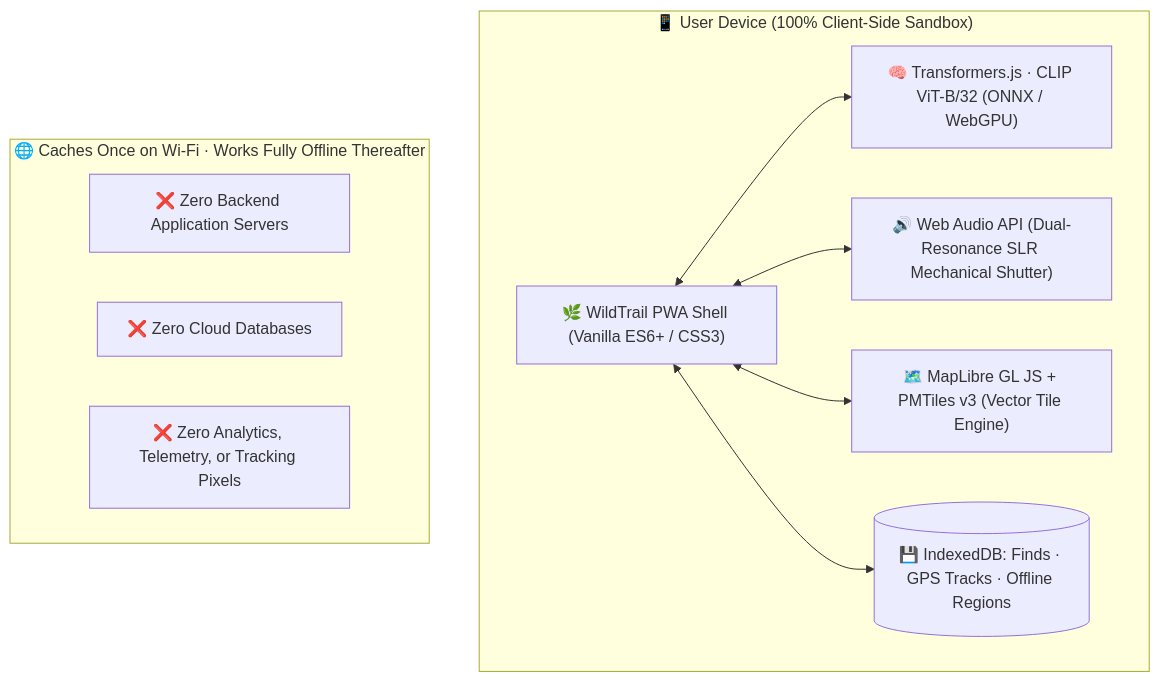
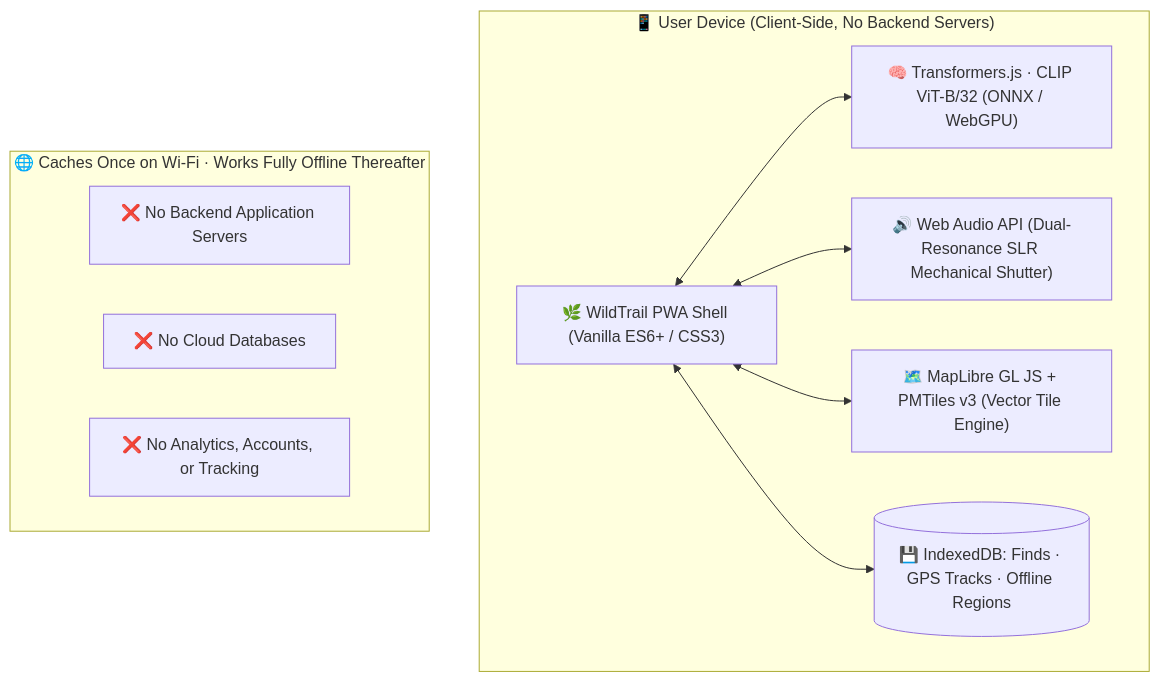
Before and after one commit to XiaoArnav/wildtrail: the second of 3 diagrams in README.md, drawn with Mermaid. The commit also changed other lines of this file and 3 other files, not shown here.

````diff
--- a/README.md
+++ b/README.md
@@ -129,21 +129,21 @@
 ```mermaid
 flowchart TD
-    subgraph Client["📱 User Device (100% Client-Side Sandbox)"]
+    subgraph Client["📱 User Device (Client-Side, No Backend Servers)"]
         UI["🌿 WildTrail PWA Shell (Vanilla ES6+ / CSS3)"]
         Vision["🧠 Transformers.js · CLIP ViT-B/32 (ONNX / WebGPU)"]
         Audio["🔊 Web Audio API (Dual-Resonance SLR Mechanical Shutter)"]
         GIS["🗺️ MapLibre GL JS + PMTiles v3 (Vector Tile Engine)"]
         Storage[("💾 IndexedDB: Finds · GPS Tracks · Offline Regions")]
 
         UI <--> Vision
         UI <--> Audio
         UI <--> GIS
         UI <--> Storage
     end
 
     subgraph Remote["🌐 Caches Once on Wi-Fi · Works Fully Offline Thereafter"]
-        NoServer["❌ Zero Backend Application Servers"]
-        NoDB["❌ Zero Cloud Databases"]
-        NoTrack["❌ Zero Analytics, Telemetry, or Tracking Pixels"]
+        NoServer["❌ No Backend Application Servers"]
+        NoDB["❌ No Cloud Databases"]
+        NoTrack["❌ No Analytics, Accounts, or Tracking"]
     end
 ```
````
